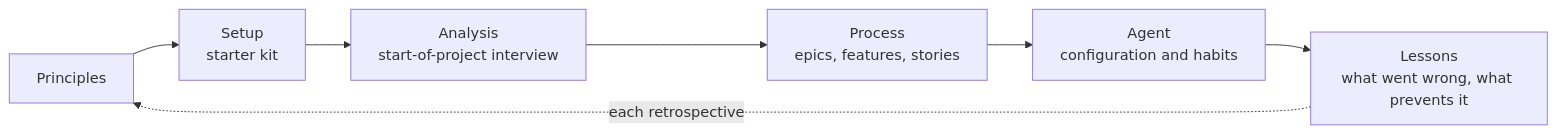
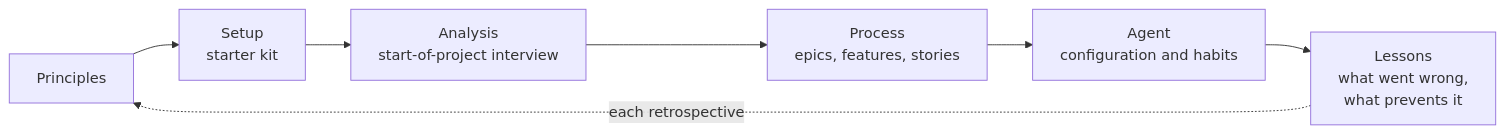
One commit to AlexandreGallais/synoptic-studio changed the diagram in docs/playbook/README.md. Above: the diagram before and after it, drawn with Mermaid. The commit also changed 8 other files, not shown here.

First line of the commit message:
docs(docs): diagram labels that fit their boxes

````diff
--- a/docs/playbook/README.md
+++ b/docs/playbook/README.md
@@ -5,9 +5,9 @@
 ```mermaid
 flowchart LR
   P[Principles] --> S[Setup<br/>starter kit]
   S --> A[Analysis<br/>start-of-project interview]
   A --> W[Process<br/>epics, features, stories]
   W --> G[Agent<br/>configuration and habits]
-  G --> L[Lessons<br/>what went wrong, what prevents it]
+  G --> L[Lessons<br/>what went wrong,<br/>what prevents it]
   L -.->|each retrospective| P
 ```
````
